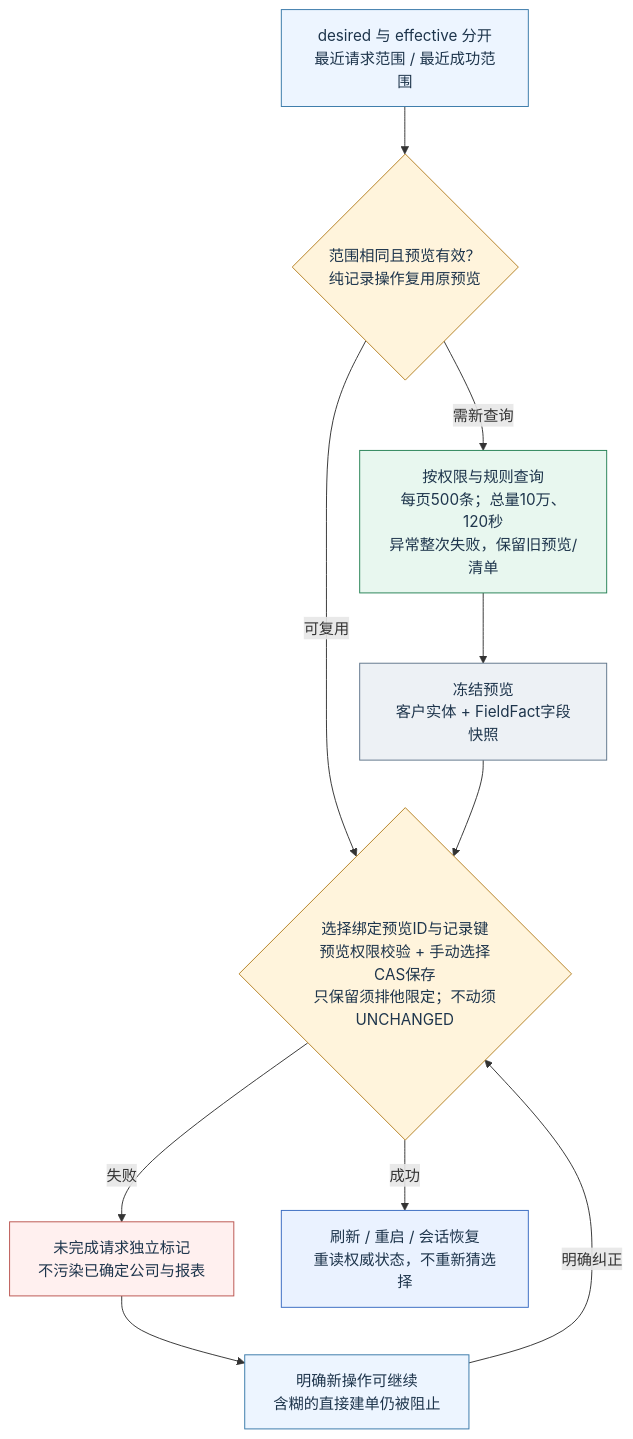
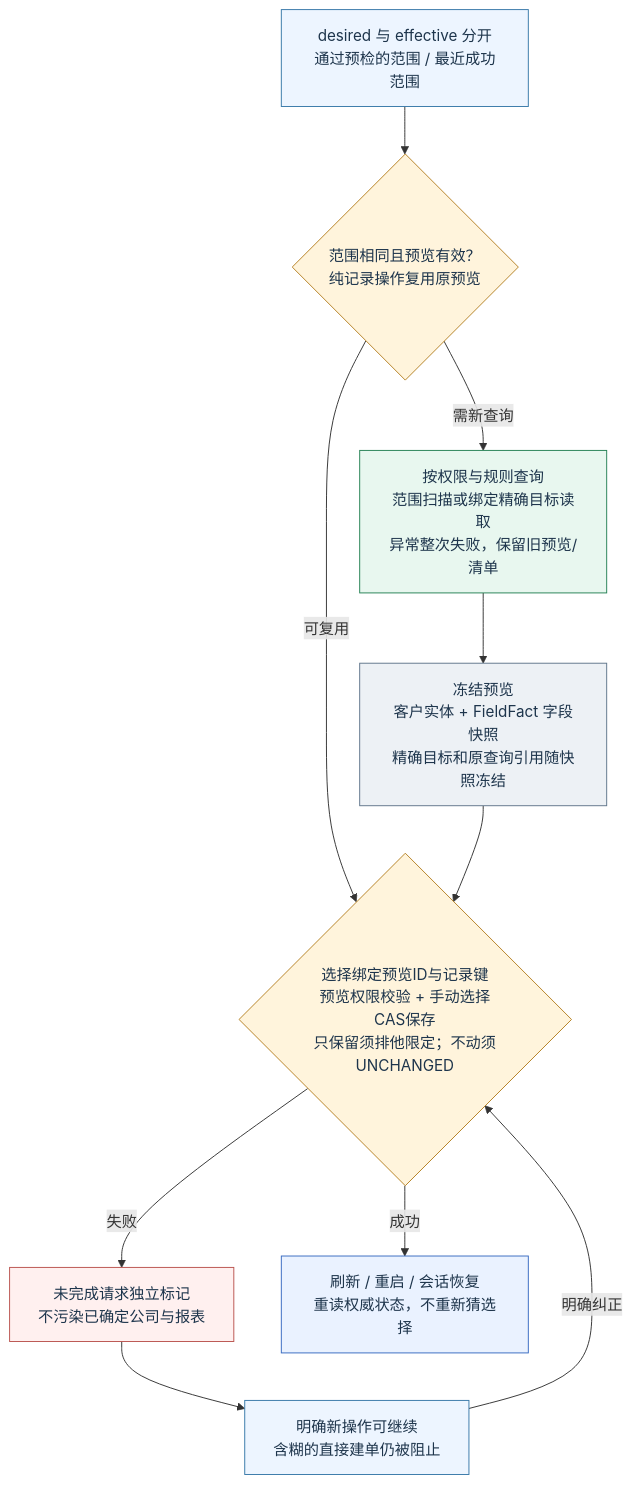
Before and after one commit to QSZJAVA/agent_demo: the diagram in docs/diagrams/demo-final/04.mmd, drawn with Mermaid. The commit also changed 333 other files, not shown here.

```diff
--- a/docs/diagrams/demo-final/04.mmd
+++ b/docs/diagrams/demo-final/04.mmd
@@ -1,25 +1,25 @@
 flowchart TD
-  desired["desired 与 effective 分开<br/>最近请求范围 / 最近成功范围"]:::agent
+  desired["desired 与 effective 分开<br/>通过预检的范围 / 最近成功范围"]:::agent
   reuse{"范围相同且预览有效？<br/>纯记录操作复用原预览"}:::guard
-  query["按权限与规则查询<br/>每页500条；总量10万、120秒<br/>异常整次失败，保留旧预览/清单"]:::business
-  snapshot["冻结预览<br/>客户实体 + FieldFact字段快照"]:::store
+  query["按权限与规则查询<br/>范围扫描或绑定精确目标读取<br/>异常整次失败，保留旧预览/清单"]:::business
+  snapshot["冻结预览<br/>客户实体 + FieldFact 字段快照<br/>精确目标和原查询引用随快照冻结"]:::store
   selection{"选择绑定预览ID与记录键<br/>预览权限校验 + 手动选择CAS保存<br/>只保留须排他限定；不动须UNCHANGED"}:::guard
   pending["未完成请求独立标记<br/>不污染已确定公司与报表"]:::error
   resume["明确新操作可继续<br/>含糊的直接建单仍被阻止"]:::agent
   reload["刷新 / 重启 / 会话恢复<br/>重读权威状态，不重新猜选择"]:::ui
   desired --> reuse
   reuse -->|"需新查询"| query
   query --> snapshot
   reuse -->|"可复用"| selection
   snapshot --> selection
   selection -->|"成功"| reload
   selection -->|"失败"| pending
   pending --> resume
   resume -->|"明确纠正"| selection
   classDef ui fill:#eaf2ff,stroke:#386bc1,color:#1e354c
   classDef agent fill:#edf5ff,stroke:#3778a8,color:#1e354c
   classDef model fill:#f3edff,stroke:#8751bf,color:#1e354c
   classDef business fill:#e8f7ef,stroke:#268255,color:#1e354c
   classDef guard fill:#fff4dc,stroke:#b58022,color:#1e354c
   classDef error fill:#fff0ef,stroke:#ba534e,color:#1e354c
   classDef store fill:#edf1f5,stroke:#60768b,color:#1e354c
```
